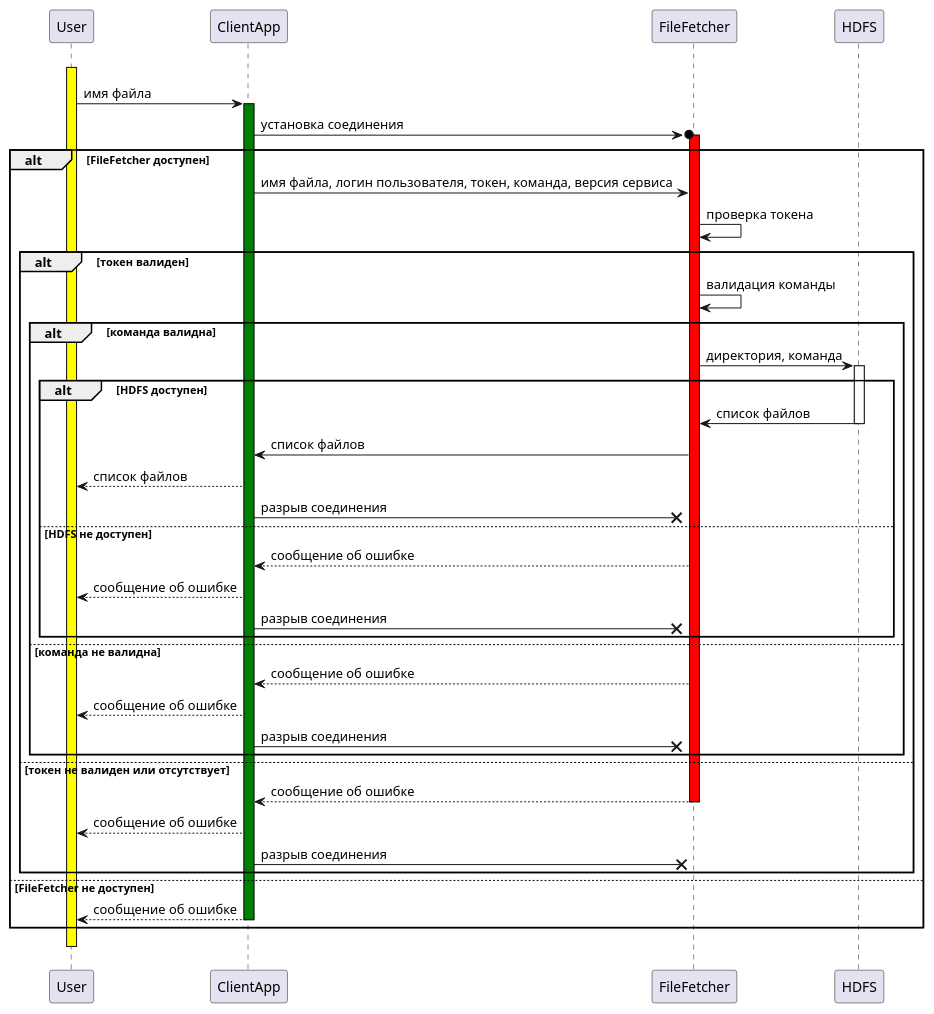
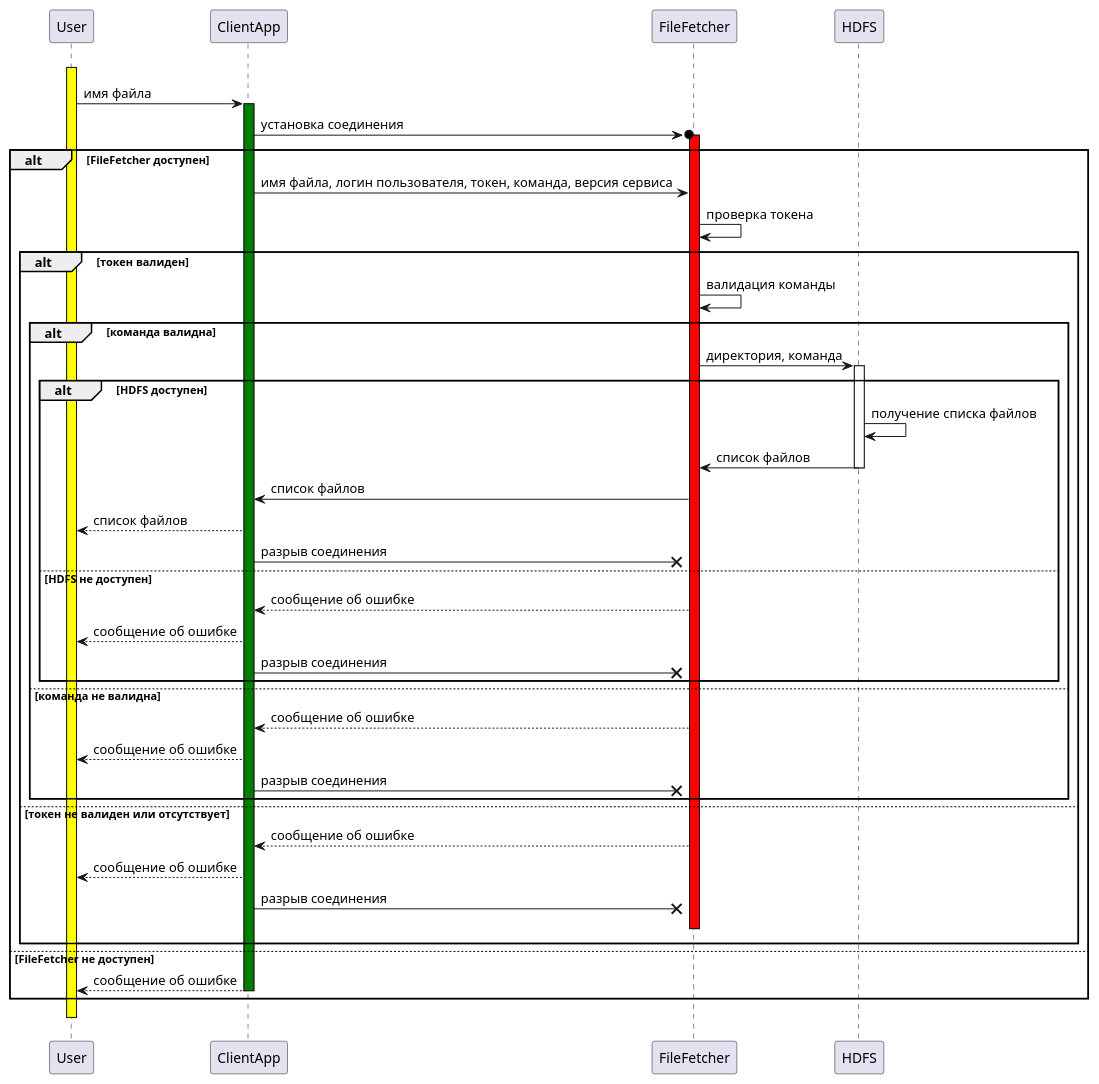
Before and after one commit to sberdyshev/java-file-handling: the diagram in docs/uml/sequence diagrams/fetchFileListSequenceDiagram.puml, drawn with PlantUML. The commit also changed 5 other files, not shown here.

Commit message:
Fixed diagrams

```diff
--- a/docs/uml/sequence diagrams/fetchFileListSequenceDiagram.puml
+++ b/docs/uml/sequence diagrams/fetchFileListSequenceDiagram.puml
@@ -1,39 +1,41 @@
 @startuml
 
 User -[hidden]-> User ++ #yellow
 User -> ClientApp ++ #green: имя файла
 ClientApp ->o FileFetcher ++ #red: установка соединения
 
 alt FileFetcher доступен
   ClientApp -> FileFetcher: имя файла, логин пользователя, токен, команда, версия сервиса
   FileFetcher -> FileFetcher: проверка токена
     alt токен валиден
       FileFetcher -> FileFetcher: валидация команды
       alt команда валидна
           FileFetcher -> HDFS ++ #white: директория, команда
           alt HDFS доступен
+            HDFS -> HDFS: получение списка файлов
             HDFS -> FileFetcher -- #white: список файлов
             FileFetcher -> ClientApp: список файлов
             ClientApp --> User: список файлов
             ClientApp ->x FileFetcher: разрыв соединения
           else HDFS не доступен
             FileFetcher --> ClientApp: сообщение об ошибке
             ClientApp --> User: сообщение об ошибке
             ClientApp ->x FileFetcher: разрыв соединения
           end
       else команда не валидна
         FileFetcher --> ClientApp: сообщение об ошибке
         ClientApp --> User: сообщение об ошибке
         ClientApp ->x FileFetcher: разрыв соединения
       end
     else токен не валиден или отсутствует
-      FileFetcher --> ClientApp -- #white: сообщение об ошибке
+      FileFetcher --> ClientApp: сообщение об ошибке
       ClientApp --> User: сообщение об ошибке
       ClientApp ->x FileFetcher: разрыв соединения
+      FileFetcher -[hidden]-> FileFetcher -- #red
     end
 else FileFetcher не доступен
-  ClientApp --> User -- : сообщение об ошибке
+  ClientApp --> User -- #green: сообщение об ошибке
 end
-User -[hidden]-> User --
+User -[hidden]-> User -- #yellow
 
 @enduml
```
